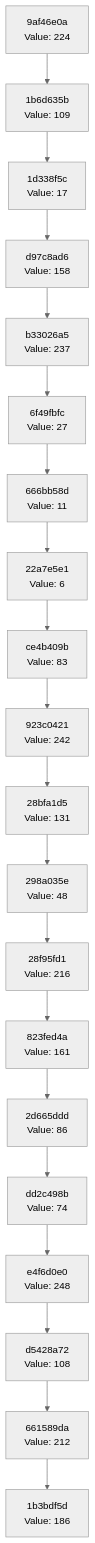
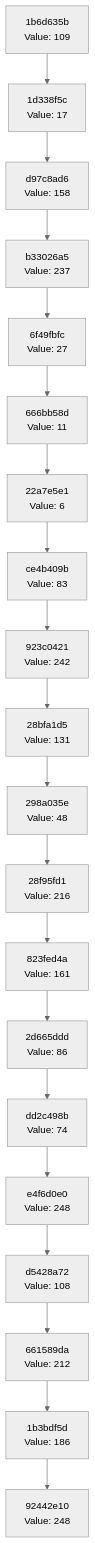
Before and after one commit to Abhisheksinha1506/hash-chain-evolver: the diagram in docs/CHAIN_VISUALIZATION.md, drawn with Mermaid (neutral theme). The commit also changed 2 other files, not shown here.

Commit message:
Evolution Step

````diff
--- a/docs/CHAIN_VISUALIZATION.md
+++ b/docs/CHAIN_VISUALIZATION.md
@@ -3,42 +3,42 @@
 ```mermaid
 graph TD
-    C0["1b3bdf5d<br/>Value: 186"]
-    C1["661589da<br/>Value: 212"]
+    C0["92442e10<br/>Value: 248"]
+    C1["1b3bdf5d<br/>Value: 186"]
     C1 --> C0
-    C2["d5428a72<br/>Value: 108"]
+    C2["661589da<br/>Value: 212"]
     C2 --> C1
-    C3["e4f6d0e0<br/>Value: 248"]
+    C3["d5428a72<br/>Value: 108"]
     C3 --> C2
-    C4["dd2c498b<br/>Value: 74"]
+    C4["e4f6d0e0<br/>Value: 248"]
     C4 --> C3
-    C5["2d665ddd<br/>Value: 86"]
+    C5["dd2c498b<br/>Value: 74"]
     C5 --> C4
-    C6["823fed4a<br/>Value: 161"]
+    C6["2d665ddd<br/>Value: 86"]
     C6 --> C5
-    C7["28f95fd1<br/>Value: 216"]
+    C7["823fed4a<br/>Value: 161"]
     C7 --> C6
-    C8["298a035e<br/>Value: 48"]
+    C8["28f95fd1<br/>Value: 216"]
     C8 --> C7
-    C9["28bfa1d5<br/>Value: 131"]
+    C9["298a035e<br/>Value: 48"]
     C9 --> C8
-    C10["923c0421<br/>Value: 242"]
+    C10["28bfa1d5<br/>Value: 131"]
     C10 --> C9
-    C11["ce4b409b<br/>Value: 83"]
+    C11["923c0421<br/>Value: 242"]
     C11 --> C10
-    C12["22a7e5e1<br/>Value: 6"]
+    C12["ce4b409b<br/>Value: 83"]
     C12 --> C11
-    C13["666bb58d<br/>Value: 11"]
+    C13["22a7e5e1<br/>Value: 6"]
     C13 --> C12
-    C14["6f49fbfc<br/>Value: 27"]
+    C14["666bb58d<br/>Value: 11"]
     C14 --> C13
-    C15["b33026a5<br/>Value: 237"]
+    C15["6f49fbfc<br/>Value: 27"]
     C15 --> C14
-    C16["d97c8ad6<br/>Value: 158"]
+    C16["b33026a5<br/>Value: 237"]
     C16 --> C15
-    C17["1d338f5c<br/>Value: 17"]
+    C17["d97c8ad6<br/>Value: 158"]
     C17 --> C16
-    C18["1b6d635b<br/>Value: 109"]
+    C18["1d338f5c<br/>Value: 17"]
     C18 --> C17
-    C19["9af46e0a<br/>Value: 224"]
+    C19["1b6d635b<br/>Value: 109"]
     C19 --> C18
 ```
````
